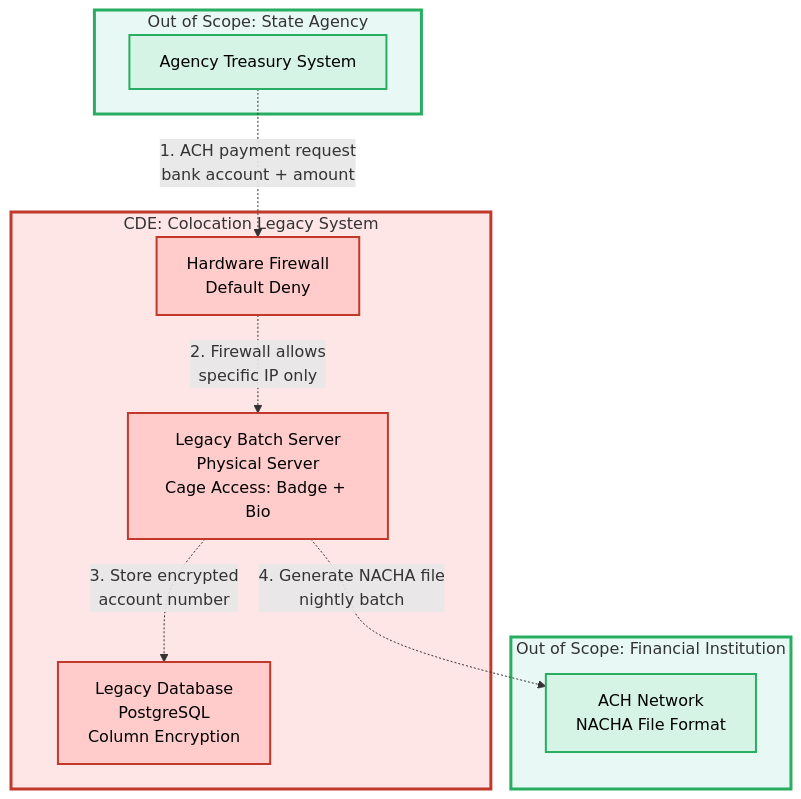
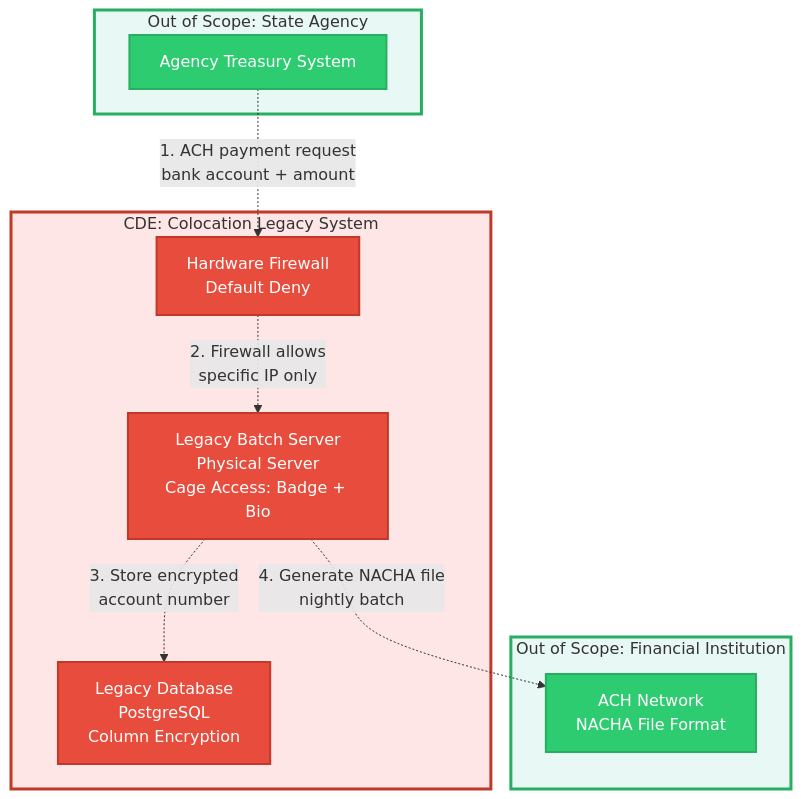
Before and after one commit to Josephkamara/audit-defense-portfolio: the third of 3 diagrams in projects/payment-processor-compliance-program/01-scoping/cardholder-data-flow.md, drawn with Mermaid. The commit also changed other lines of this file, not shown here.

````diff
--- a/projects/payment-processor-compliance-program/01-scoping/cardholder-data-flow.md
+++ b/projects/payment-processor-compliance-program/01-scoping/cardholder-data-flow.md
@@ -121,33 +121,33 @@
 ```mermaid
 graph TB
     subgraph agency3["Out of Scope: State Agency"]
         A["Agency Treasury System"]
     end
     
     subgraph colo["CDE: Colocation Legacy System"]
         D["Hardware Firewall<br/>Default Deny"]
         B["Legacy Batch Server<br/>Physical Server<br/>Cage Access: Badge + Bio"]
         C["Legacy Database<br/>PostgreSQL<br/>Column Encryption"]
     end
     
     subgraph ach["Out of Scope: Financial Institution"]
         E["ACH Network<br/>NACHA File Format"]
     end
     
     A -.->|"1. ACH payment request<br/>bank account + amount"| D
     D -.->|"2. Firewall allows<br/>specific IP only"| B
     B -.->|"3. Store encrypted<br/>account number"| C
     B -.->|"4. Generate NACHA file<br/>nightly batch"| E
     
-    classDef cdeNode fill:#ffcccb,stroke:#c0392b,stroke-width:2px,color:#000
-    classDef outOfScopeNode fill:#d5f4e6,stroke:#27ae60,stroke-width:2px,color:#000
+    classDef cdeNode fill:#e74c3c,stroke:#c0392b,stroke-width:2px,color:#fff
+    classDef outOfScopeNode fill:#2ecc71,stroke:#27ae60,stroke-width:2px,color:#fff
     
     class B,C,D cdeNode
     class A,E outOfScopeNode
     
     classDef cdeSubgraph fill:#ffe6e6,stroke:#c0392b,stroke-width:3px
     classDef outOfScopeSubgraph fill:#e8f8f5,stroke:#27ae60,stroke-width:3px
     
     class colo cdeSubgraph
     class agency3,ach outOfScopeSubgraph
 ```
````
